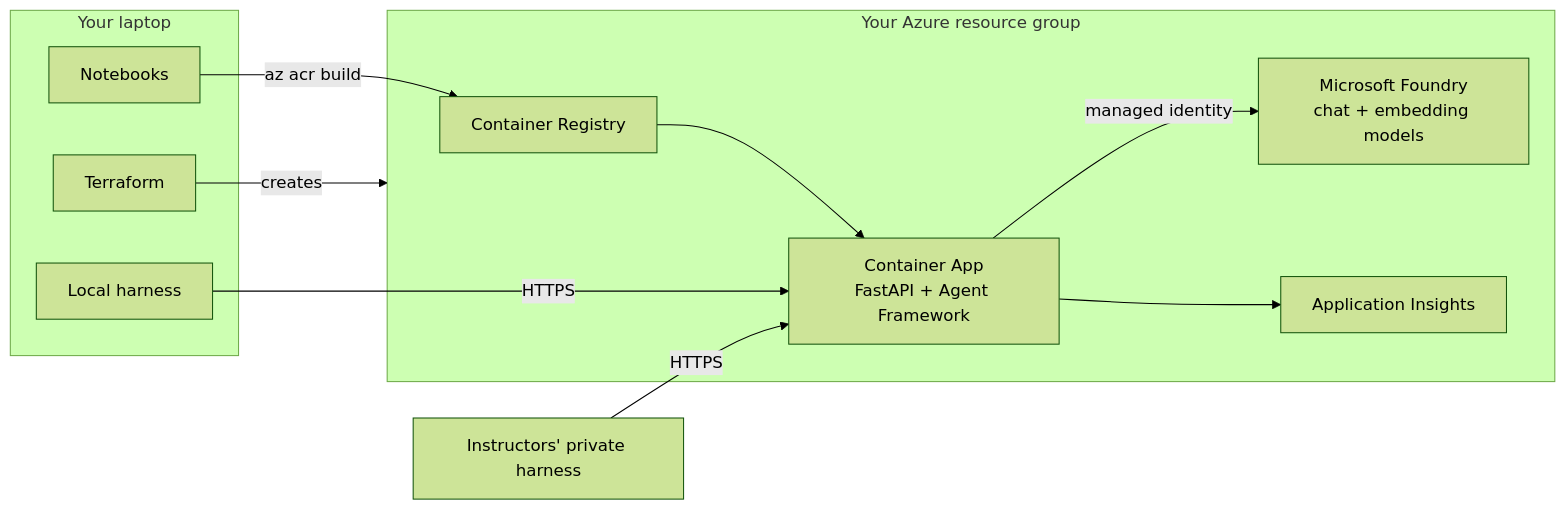
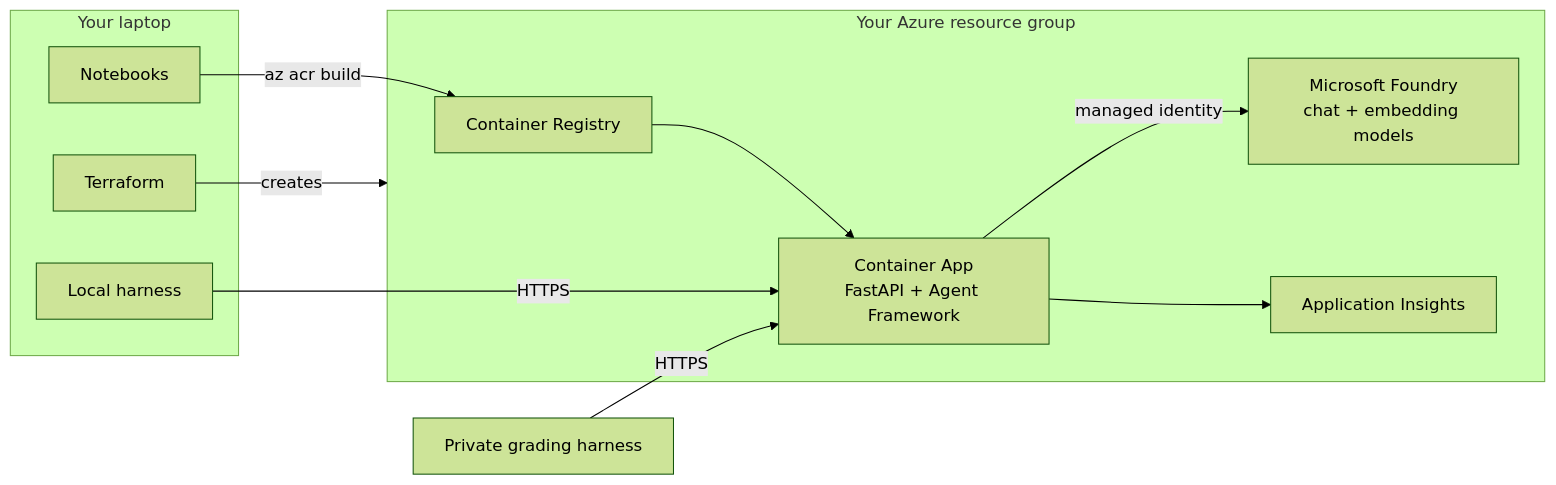
Before and after one commit to pablosalvador10/nw-msai-azure-agentic-ai: the second of 2 diagrams in fy26/README.md, drawn with Mermaid (forest theme). The commit also changed other lines of this file and 14 other files, not shown here.

````diff
--- a/fy26/README.md
+++ b/fy26/README.md
@@ -82,17 +84,17 @@
 ```mermaid
 flowchart LR
     subgraph laptop["Your laptop"]
         NB["Notebooks"]
         H["Local harness"]
         TF["Terraform"]
     end
     subgraph rg["Your Azure resource group"]
         ACR["Container Registry"] --> ACA["Container App<br/>FastAPI + Agent Framework"]
         ACA -- "managed identity" --> F["Microsoft Foundry<br/>chat + embedding models"]
         ACA --> AI["Application Insights"]
     end
     TF -- "creates" --> rg
     NB -- "az acr build" --> ACR
     H -- "HTTPS" --> ACA
-    P["Instructors' private harness"] -- "HTTPS" --> ACA
+    P["Private grading harness"] -- "HTTPS" --> ACA
 ```
````
